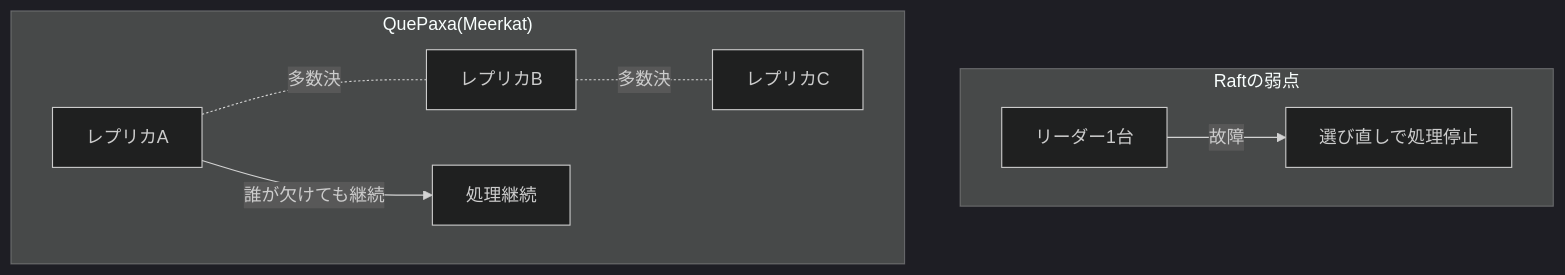
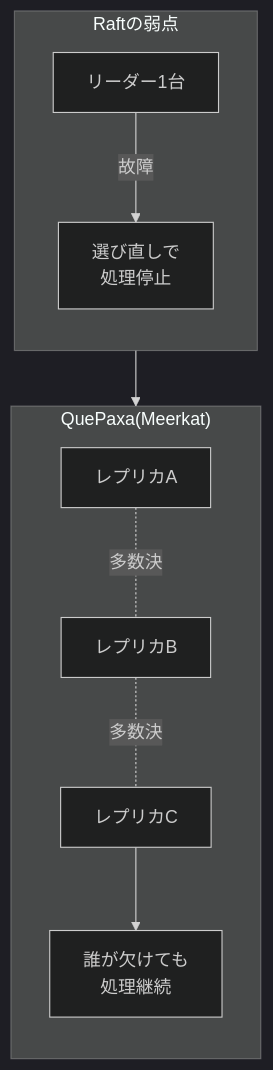
The second of 2 diagrams in docs/blog/posts/2026-07-16.md (newbee1939/knowledge-flow), drawn with Mermaid (dark theme) before and after one commit. The commit also changed other lines of this file and 23 other files, not shown here.

First line of the commit message:
style: Mermaid 図を縦向きにして本文幅に収める

````diff
--- a/docs/blog/posts/2026-07-16.md
+++ b/docs/blog/posts/2026-07-16.md
@@ -49,11 +49,14 @@
 ```mermaid
 flowchart TB
     subgraph Raft["Raftの弱点"]
-        L[リーダー1台] -->|故障| S[選び直しで処理停止]
+        direction TB
+        L[リーダー1台] -->|故障| S[選び直しで<br/>処理停止]
     end
     subgraph QuePaxa["QuePaxa(Meerkat)"]
+        direction TB
         R1[レプリカA] -.多数決.- R2[レプリカB]
         R2 -.多数決.- R3[レプリカC]
-        R1 -->|誰が欠けても継続| OK[処理継続]
+        R3 --> OK[誰が欠けても<br/>処理継続]
     end
+    Raft --> QuePaxa
 ```
````
